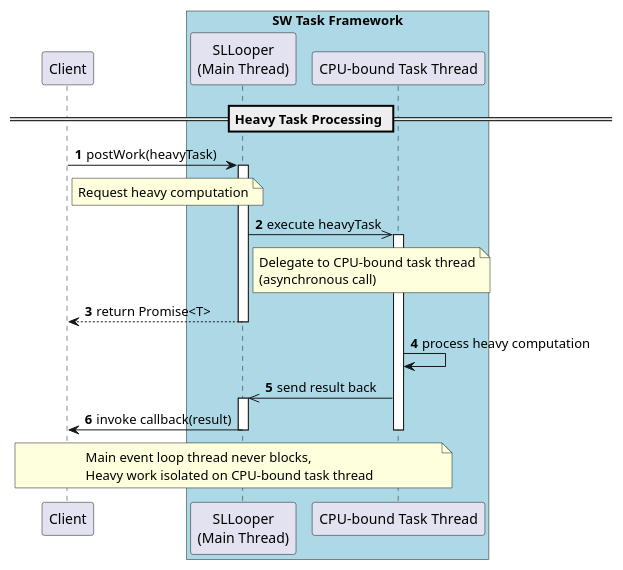
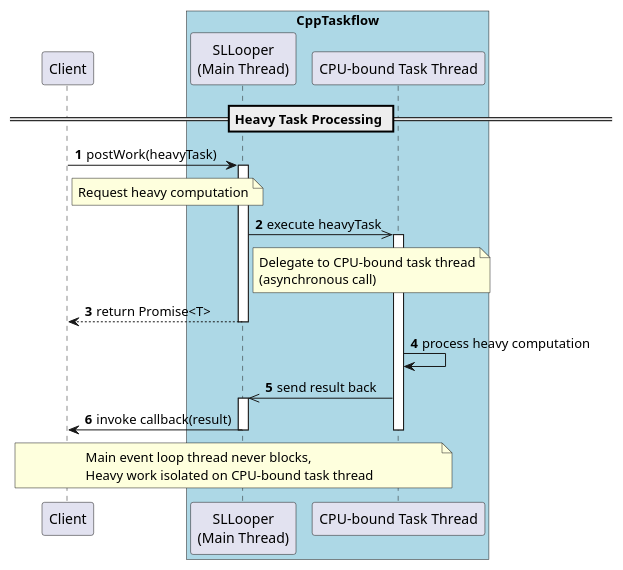
The third of 5 diagrams in doc/design/sw_task/performance_a.puml (taikt/sw_task), drawn with PlantUML before and after one commit. The commit also changed other lines of this file and 16 other files, not shown here.

```diff
--- a/doc/design/sw_task/performance_a.puml
+++ b/doc/design/sw_task/performance_a.puml
@@ -60,40 +60,40 @@
 @startuml
-'title "SW Task Framework - postWork() Sequence Diagram"
+'title "CppTaskflow - postWork() Sequence Diagram"
 autonumber
 participant "Client" as Client
 
-box "SW Task Framework" #LightBlue
+box "CppTaskflow" #LightBlue
     participant "SLLooper\n(Main Thread)" as Looper
     participant "CPU-bound Task Thread" as CPUThread
 end box
 
 == Heavy Task Processing ==
 
 Client -> Looper : postWork(heavyTask)
 activate Looper
 note right of Client : Request heavy computation
 
 Looper ->> CPUThread : execute heavyTask
 activate CPUThread
 note right of Looper : Delegate to CPU-bound task thread\n(asynchronous call)
 
 Looper --> Client : return Promise<T>
 deactivate Looper
 'note left of Client : Get Promise immediately\nMain thread not blocked
 
 CPUThread -> CPUThread : process heavy computation
 'note right of CPUThread : CPU-intensive work\nisolated from main thread
 
 CPUThread ->> Looper : send result back
 activate Looper
 'note left of CPUThread : Task completed\n(asynchronous notification)
 
 Looper -> Client : invoke callback(result)
 'note right of Looper : Callback executed\non main thread
 
 deactivate CPUThread
 deactivate Looper
 
 note over Client, CPUThread : Main event loop thread never blocks,\nHeavy work isolated on CPU-bound task thread
 
 @enduml
```
